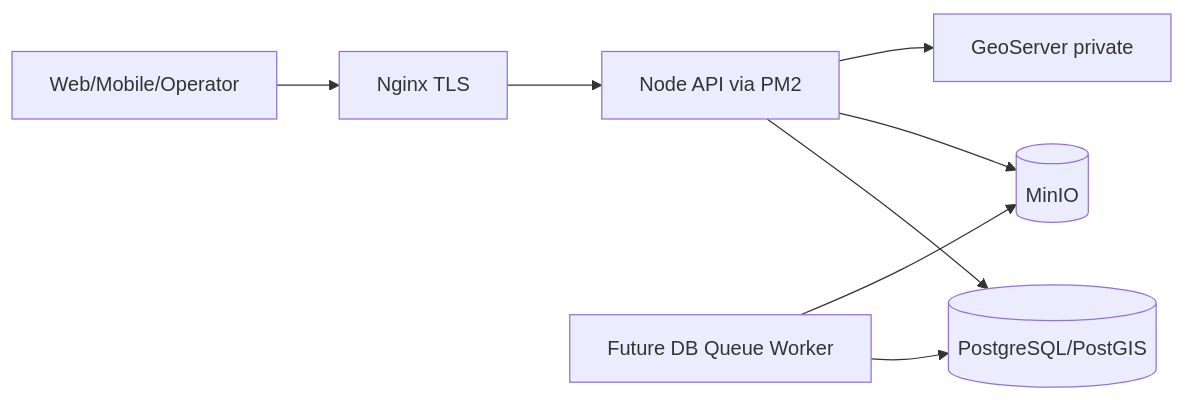
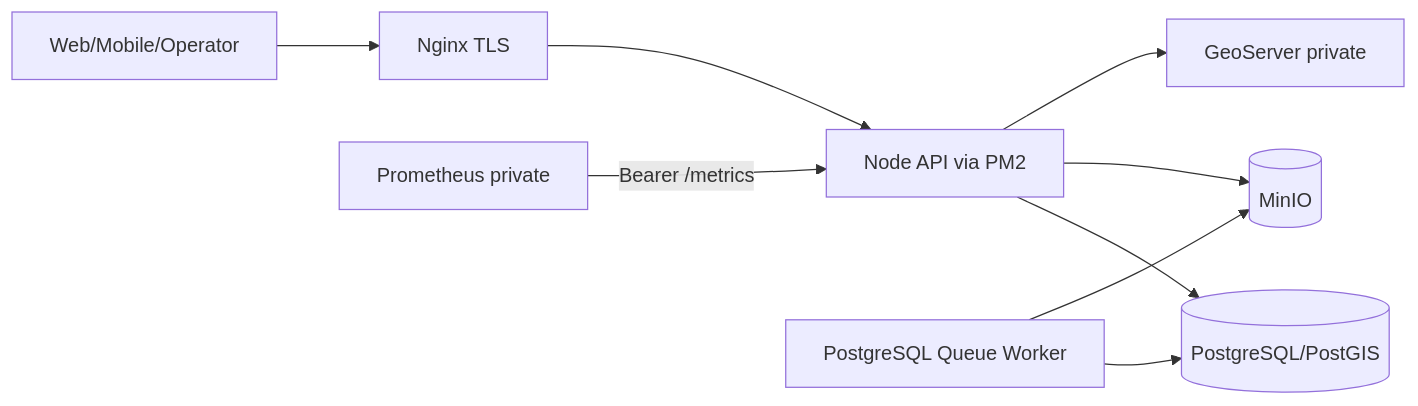
Before and after one commit to sylong2k3/server-campha: the diagram in docs/THREAT_MODEL.md, drawn with Mermaid. The commit also changed other lines of this file and 36 other files, not shown here.

````diff
--- a/docs/THREAT_MODEL.md
+++ b/docs/THREAT_MODEL.md
@@ -13,10 +13,11 @@
 ```mermaid
 flowchart LR
   Client[Web/Mobile/Operator] --> Nginx[Nginx TLS]
   Nginx --> API[Node API via PM2]
   API --> DB[(PostgreSQL/PostGIS)]
   API --> MinIO[(MinIO)]
   API --> GeoServer[GeoServer private]
-  Worker[Future DB Queue Worker] --> DB
+  Worker[PostgreSQL Queue Worker] --> DB
   Worker --> MinIO
+  Prometheus[Prometheus private] -->|Bearer /metrics| API
 ```
````
